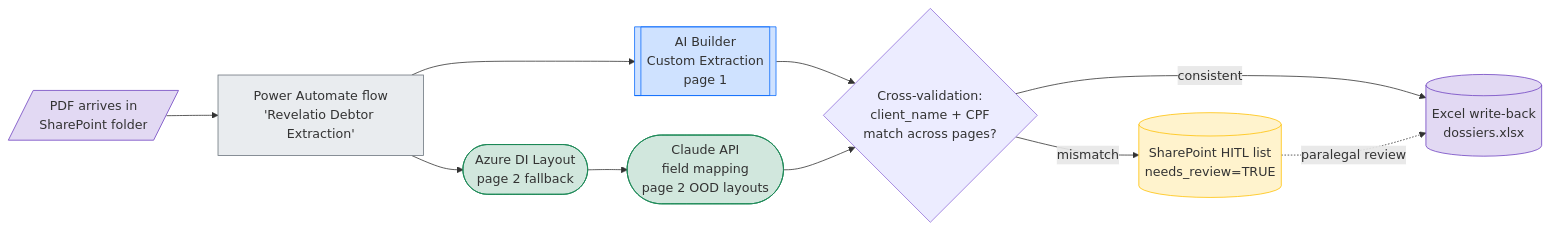
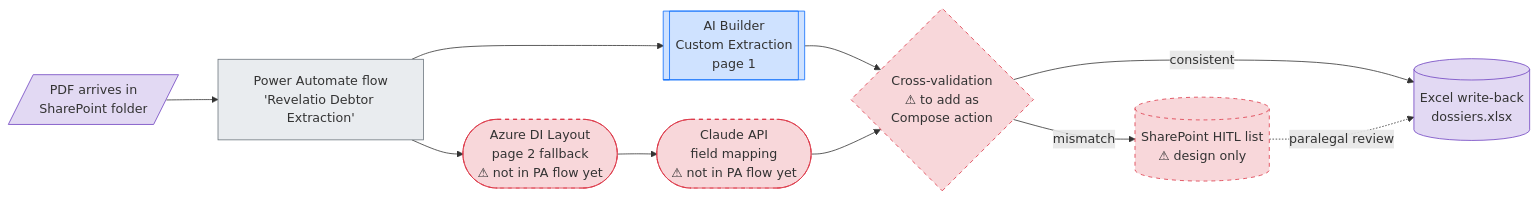
The first of 4 diagrams in 07_architecture/diagrams.md (marcosdidier/revelatio), drawn with Mermaid before and after one commit. The commit also changed other lines of this file and 26 other files, not shown here.

````diff
--- a/07_architecture/diagrams.md
+++ b/07_architecture/diagrams.md
@@ -39,23 +40,23 @@
 ```mermaid
 flowchart LR
     A[/PDF arrives in<br/>SharePoint folder/] --> B[Power Automate flow<br/>'Revelatio Debtor Extraction']
     B --> C[[AI Builder<br/>Custom Extraction<br/>page 1]]
-    B --> D([Azure DI Layout<br/>page 2 fallback])
-    D --> E([Claude API<br/>field mapping<br/>page 2 OOD layouts])
-    C --> F{Cross-validation:<br/>client_name + CPF<br/>match across pages?}
+    B --> D([Azure DI Layout<br/>page 2 fallback<br/>⚠ not in PA flow yet])
+    D --> E([Claude API<br/>field mapping<br/>⚠ not in PA flow yet])
+    C --> F{Cross-validation<br/>⚠ to add as<br/>Compose action}
     E --> F
     F -- consistent --> G[(Excel write-back<br/>dossiers.xlsx)]
-    F -- mismatch --> H[(SharePoint HITL list<br/>needs_review=TRUE)]
+    F -- mismatch --> H[(SharePoint HITL list<br/>⚠ design only)]
     H -.paralegal review.-> G
 
     classDef trained fill:#cfe2ff,stroke:#0d6efd
     classDef prebuilt fill:#d1e7dd,stroke:#198754
     classDef script fill:#e9ecef,stroke:#6c757d
     classDef hitl fill:#fff3cd,stroke:#ffc107
     classDef store fill:#e2d9f3,stroke:#6f42c1
+    classDef unbuilt fill:#f8d7da,stroke:#dc3545,stroke-dasharray: 5 5
     class C trained
-    class D,E prebuilt
     class B script
-    class H hitl
     class G,A store
+    class D,E,F,H unbuilt
 ```
````
